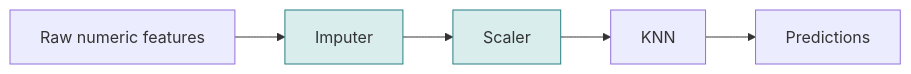
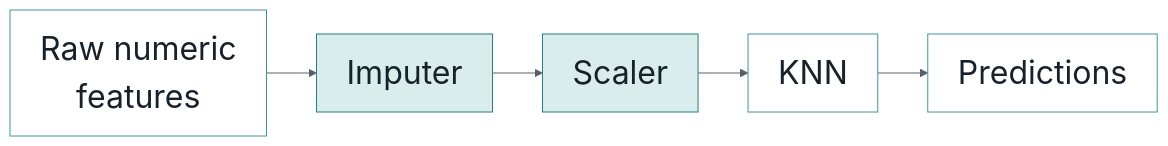
The second of 3 diagrams in website/slides/slides-05-preprocessing-pipelines.qmd (kvarada/cpsc330-slides), drawn with Mermaid before and after one commit. The commit also changed other lines of this file, not shown here.

````diff
--- a/website/slides/slides-05-preprocessing-pipelines.qmd
+++ b/website/slides/slides-05-preprocessing-pipelines.qmd
@@ -199,6 +199,7 @@
 ```{mermaid}
+%%{init: {'theme': 'base', 'themeVariables': {'fontFamily': 'sans-serif', 'fontSize': '32px', 'primaryColor': '#ffffff', 'primaryTextColor': '#17212b', 'primaryBorderColor': '#419599', 'lineColor': '#52616b'}}}%%
 flowchart LR
-    A["Raw numeric features"] --> B["Imputer"] --> C["Scaler"] --> D["KNN"] --> E["Predictions"]
+    A["Raw numeric <br>features"] --> B["Imputer"] --> C["Scaler"] --> D["KNN"] --> E["Predictions"]
     style B fill:#d9eded,stroke:#287f83
     style C fill:#d9eded,stroke:#287f83
 ```
````
